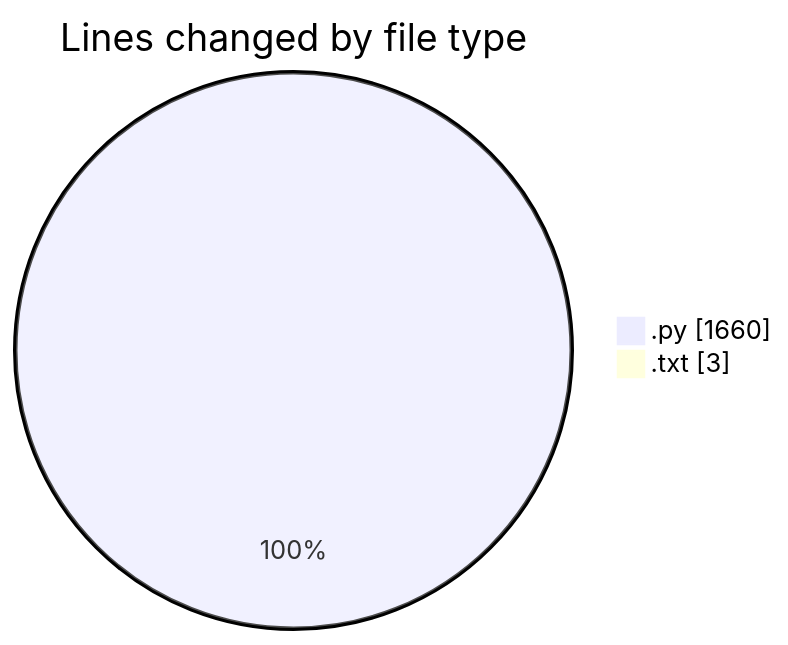
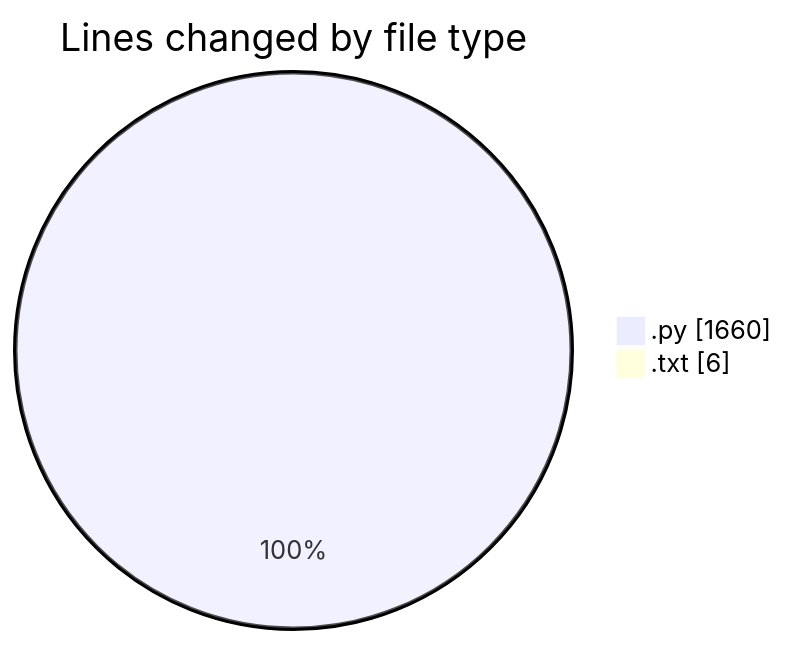
One commit to lephambinh05/code-tracking changed the first of 2 diagrams in 2025-07-09/toolsopenemalpass/README.md. Above: the diagram before and after it, drawn with Mermaid. The commit also changed other lines of this file and 1 other file, not shown here.

````diff
--- a/2025-07-09/toolsopenemalpass/README.md
+++ b/2025-07-09/toolsopenemalpass/README.md
@@ -28,6 +28,6 @@
 ```mermaid
 pie showData
 title Lines changed by file type
 ".py" : 1660
-".txt" : 3
+".txt" : 6
 ```
````
